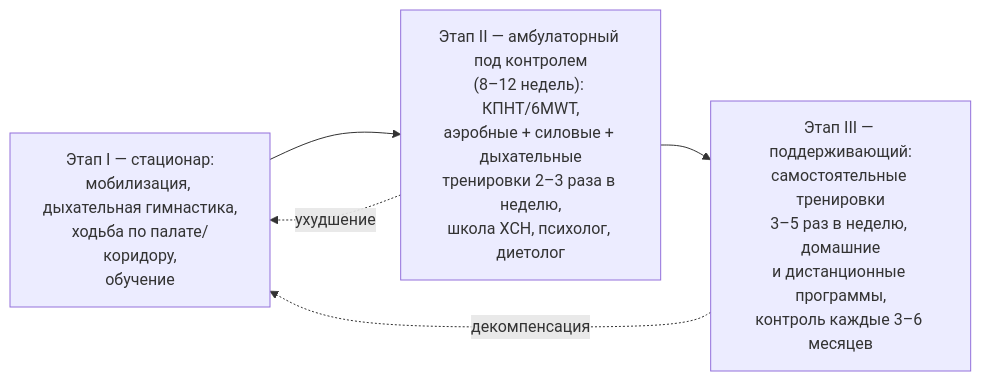
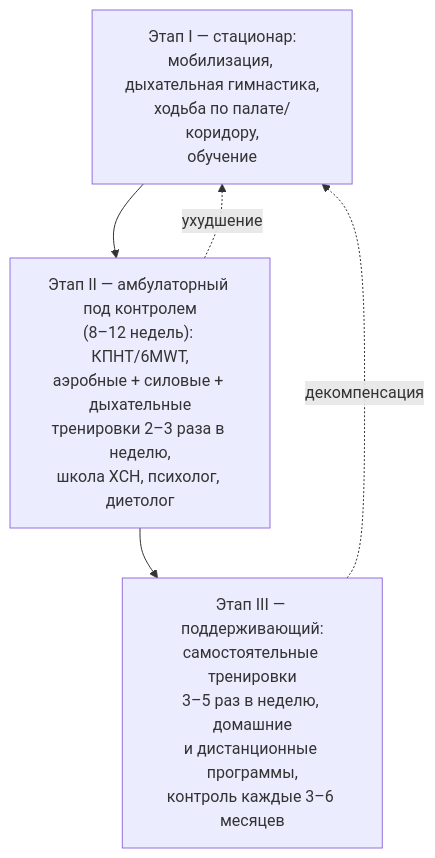
Before and after one commit to metalinjector/-: the diagram in лекция/23-reabilitaciya.md, drawn with Mermaid. The commit also changed other lines of this file and 26 other files, not shown here.

Commit message:
Разделы 24–32, глоссарий, источники; правки схем и перекрёстных ссылок

````diff
--- a/лекция/23-reabilitaciya.md
+++ b/лекция/23-reabilitaciya.md
@@ -31,7 +31,7 @@
 ```mermaid
-flowchart LR
+flowchart TD
     S1["Этап I — стационар:<br/>мобилизация, дыхательная гимнастика,<br/>ходьба по палате/коридору,<br/>обучение"] --> S2["Этап II — амбулаторный под контролем<br/>(8–12 недель): КПНТ/6MWT,<br/>аэробные + силовые + дыхательные<br/>тренировки 2–3 раза в неделю,<br/>школа ХСН, психолог, диетолог"]
     S2 --> S3["Этап III — поддерживающий:<br/>самостоятельные тренировки<br/>3–5 раз в неделю, домашние<br/>и дистанционные программы,<br/>контроль каждые 3–6 месяцев"]
     S2 -.->|"ухудшение"| S1
     S3 -.->|"декомпенсация"| S1
 ```
````
